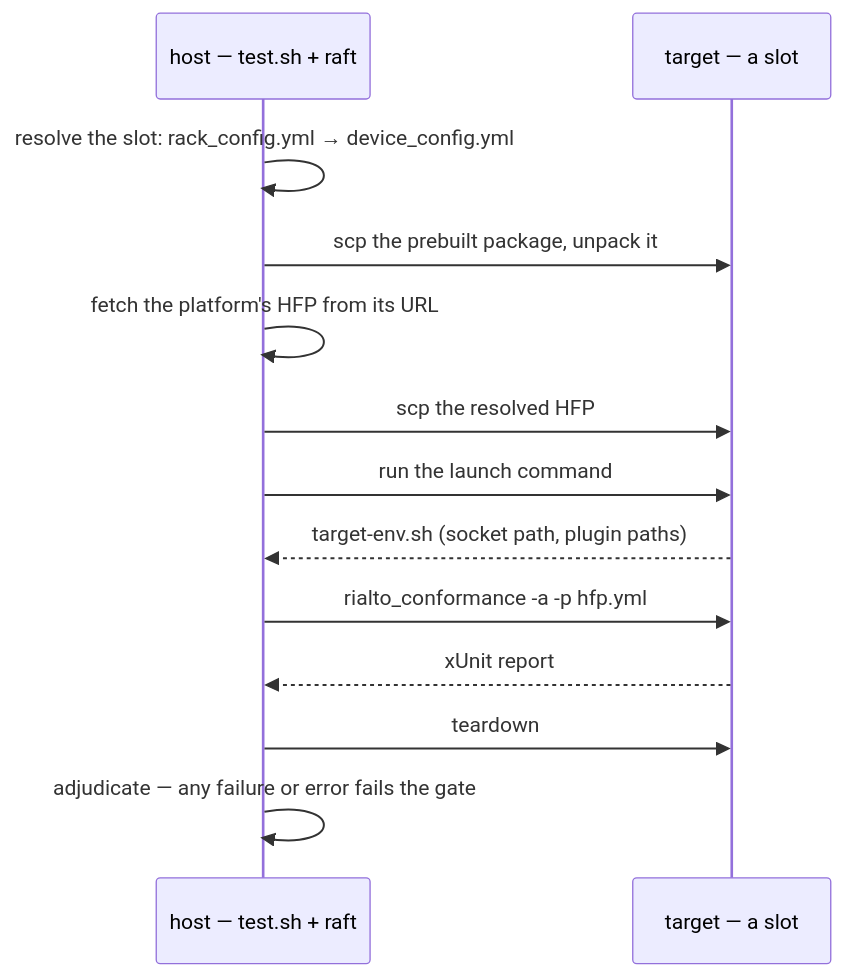
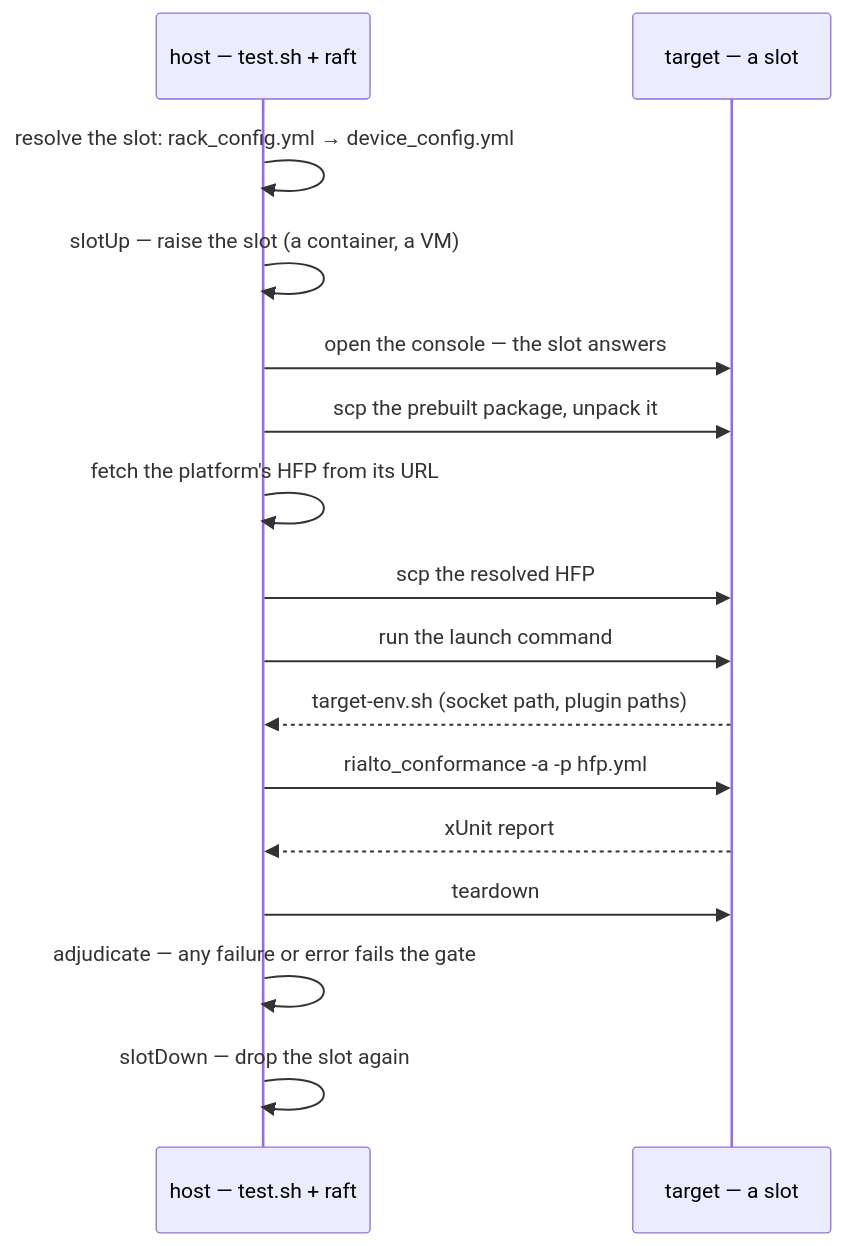
Before and after one commit to Ulrond/rialto-conformance: the third of 4 diagrams in README.md, drawn with Mermaid. The commit also changed other lines of this file and 10 other files, not shown here.

````diff
--- a/README.md
+++ b/README.md
@@ -144,15 +148,18 @@
 ```mermaid
 sequenceDiagram
     participant H as host — test.sh + raft
     participant T as target — a slot
     H->>H: resolve the slot: rack_config.yml → device_config.yml
+    H->>H: slotUp — raise the slot (a container, a VM)
+    H->>T: open the console — the slot answers
     H->>T: scp the prebuilt package, unpack it
     H->>H: fetch the platform's HFP from its URL
     H->>T: scp the resolved HFP
     H->>T: run the launch command
     T-->>H: target-env.sh (socket path, plugin paths)
     H->>T: rialto_conformance -a -p hfp.yml
     T-->>H: xUnit report
     H->>T: teardown
     H->>H: adjudicate — any failure or error fails the gate
+    H->>H: slotDown — drop the slot again
 ```
````
